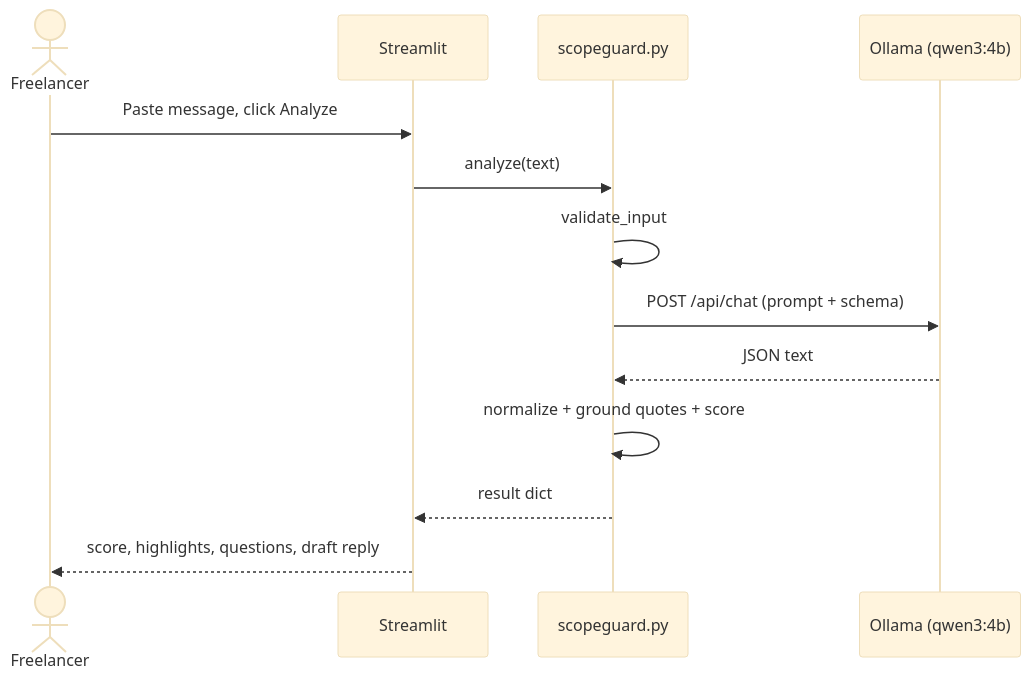
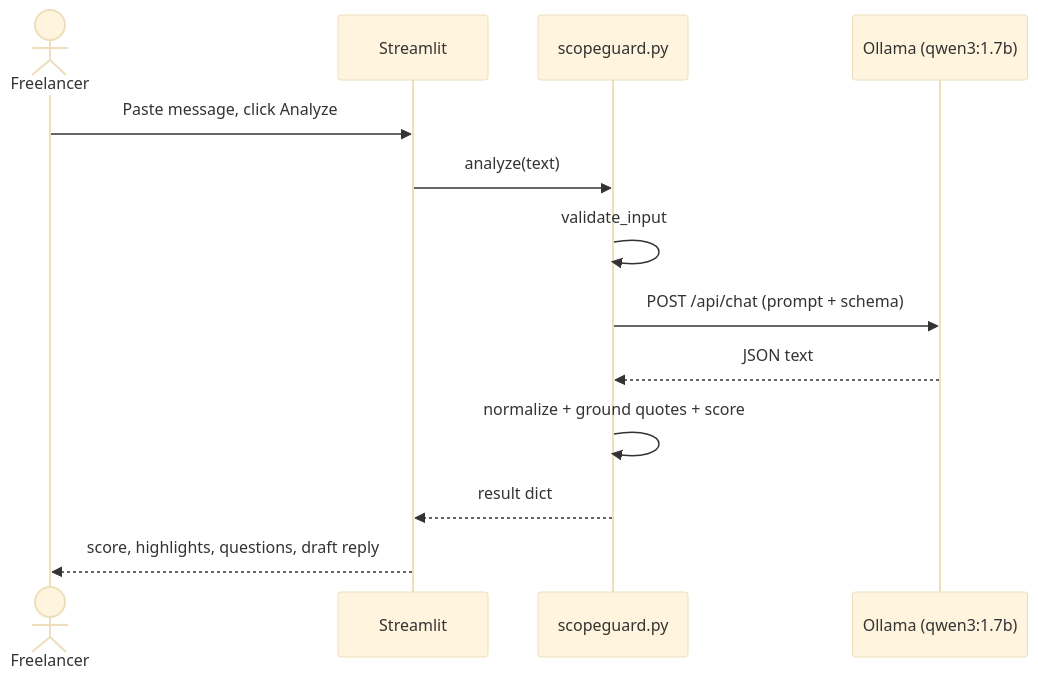
The third of 3 diagrams in README.md (saadmanzoor2/scopeguard), drawn with Mermaid (base theme) before and after one commit. The commit also changed other lines of this file and 3 other files, not shown here.

````diff
--- a/README.md
+++ b/README.md
@@ -54,15 +54,15 @@
 ```mermaid
 sequenceDiagram
     actor F as Freelancer
     participant UI as Streamlit
     participant C as scopeguard.py
-    participant O as Ollama (qwen3:4b)
+    participant O as Ollama (qwen3:1.7b)
     F->>UI: Paste message, click Analyze
     UI->>C: analyze(text)
     C->>C: validate_input
     C->>O: POST /api/chat (prompt + schema)
     O-->>C: JSON text
     C->>C: normalize + ground quotes + score
     C-->>UI: result dict
     UI-->>F: score, highlights, questions, draft reply
 ```
````
